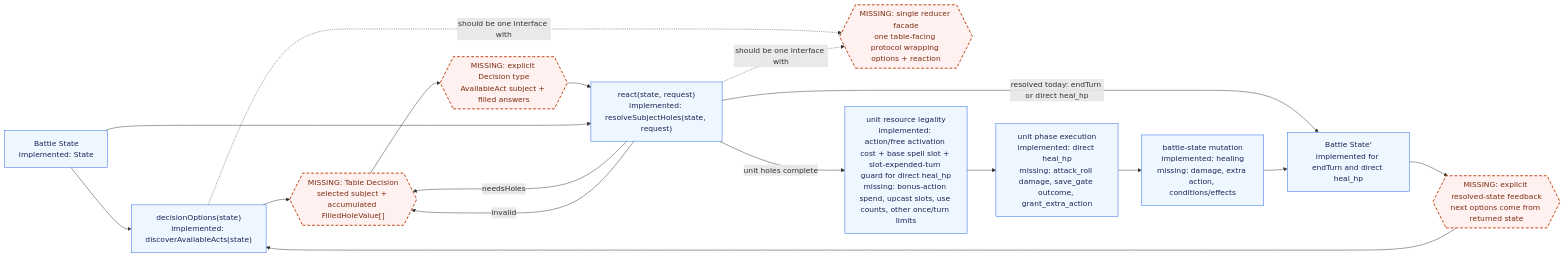
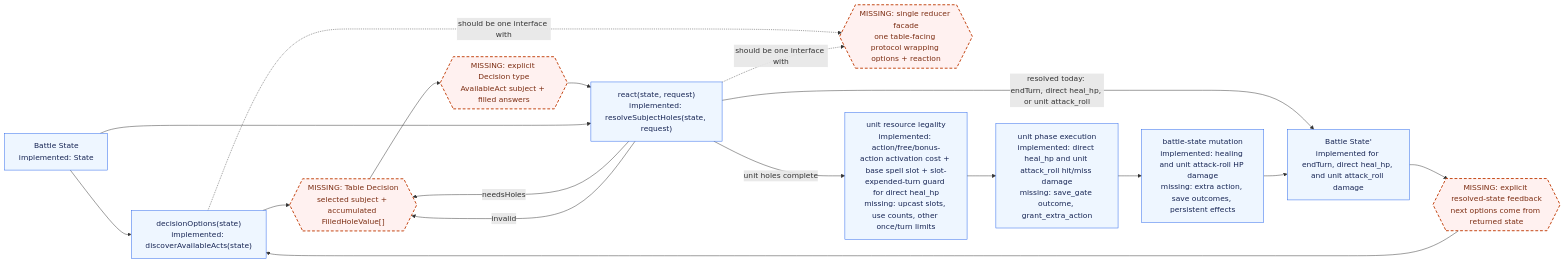
The seventh of 7 diagrams in packages/surface-runtime-correction/ARCHITECTURE_GRAPH.md (dearlordylord/5e-quint), drawn with Mermaid before and after one commit. The commit also changed other lines of this file and 20 other files, not shown here.

````diff
--- a/packages/surface-runtime-correction/ARCHITECTURE_GRAPH.md
+++ b/packages/surface-runtime-correction/ARCHITECTURE_GRAPH.md
@@ -287,33 +307,33 @@
 ```mermaid
 flowchart LR
   State["Battle State<br/>implemented: State"]
   Options["decisionOptions(state)<br/>implemented: discoverAvailableActs(state)"]
   Resolve["react(state, request)<br/>implemented: resolveSubjectHoles(state, request)"]
-  EndTurnState["Battle State'<br/>implemented for endTurn and direct heal_hp"]
+  EndTurnState["Battle State'<br/>implemented for endTurn, direct heal_hp, and unit attack_roll damage"]
 
   TableDecision{{"MISSING: Table Decision<br/>selected subject + accumulated FilledHoleValue[]"}}
   ReducerFacade{{"MISSING: single reducer facade<br/>one table-facing protocol wrapping options + reaction"}}
   StateLoop{{"MISSING: explicit resolved-state feedback<br/>next options come from returned state"}}
-  UnitExecution["unit phase execution<br/>implemented: direct heal_hp<br/>missing: attack_roll damage, save_gate outcome, grant_extra_action"]
-  ResourceLegality["unit resource legality<br/>implemented: action/free activation cost + base spell slot + slot-expended-turn guard for direct heal_hp<br/>missing: bonus-action spend, upcast slots, use counts, other once/turn limits"]
-  ApplyEffects["battle-state mutation<br/>implemented: healing<br/>missing: damage, extra action, conditions/effects"]
+  UnitExecution["unit phase execution<br/>implemented: direct heal_hp and unit attack_roll hit/miss damage<br/>missing: save_gate outcome, grant_extra_action"]
+  ResourceLegality["unit resource legality<br/>implemented: action/free/bonus-action activation cost + base spell slot + slot-expended-turn guard for direct heal_hp<br/>missing: upcast slots, use counts, other once/turn limits"]
+  ApplyEffects["battle-state mutation<br/>implemented: healing and unit attack-roll HP damage<br/>missing: extra action, save outcomes, persistent effects"]
   DecisionType{{"MISSING: explicit Decision type<br/>AvailableAct subject + filled answers"}}
 
   State --> Options
   Options --> TableDecision
   TableDecision --> DecisionType --> Resolve
   State --> Resolve
-  Resolve -->|resolved today: endTurn or direct heal_hp| EndTurnState
+  Resolve -->|resolved today: endTurn, direct heal_hp, or unit attack_roll| EndTurnState
   EndTurnState --> StateLoop --> Options
   Resolve -->|needsHoles| TableDecision
   Resolve -->|invalid| TableDecision
 
   Options -. should be one interface with .-> ReducerFacade
   Resolve -. should be one interface with .-> ReducerFacade
   Resolve -->|unit holes complete| ResourceLegality --> UnitExecution --> ApplyEffects --> EndTurnState
 
   classDef missing fill:#fff1f0,stroke:#c2410c,stroke-width:2px,stroke-dasharray: 6 4,color:#7c2d12;
   classDef implemented fill:#eef6ff,stroke:#2563eb,color:#172554;
   class TableDecision,ReducerFacade,StateLoop,DecisionType missing;
   class State,Options,Resolve,EndTurnState,UnitExecution,ResourceLegality,ApplyEffects implemented;
 ```
````
